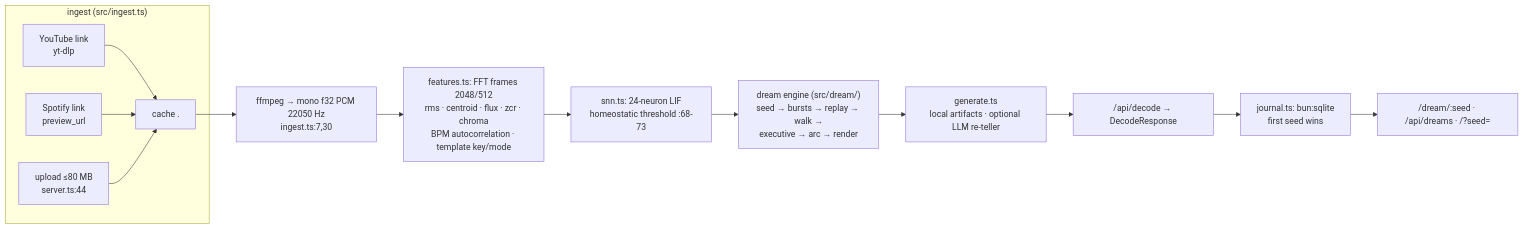
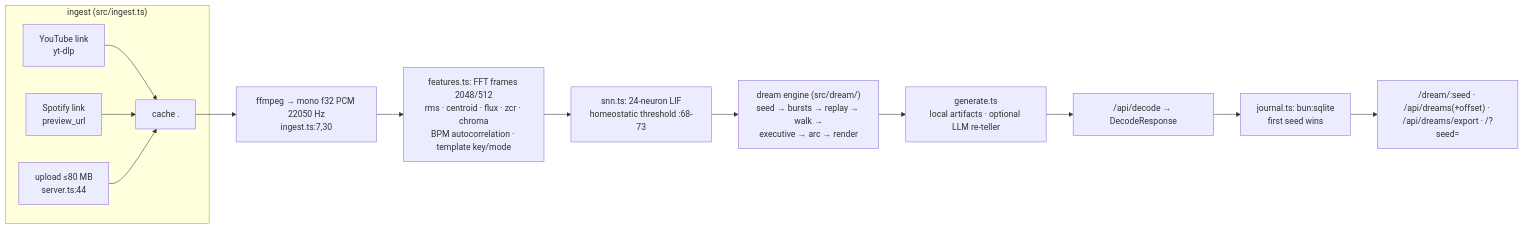
Before and after one commit to Bakery-street-project/cryptojukebox-ai: the diagram in docs/ARCHITECTURE.md, drawn with Mermaid. The commit also changed other lines of this file and 6 other files, not shown here.

````diff
--- a/docs/ARCHITECTURE.md
+++ b/docs/ARCHITECTURE.md
@@ -19,16 +19,16 @@
 ```mermaid
 flowchart LR
   subgraph ingest ["ingest (src/ingest.ts)"]
     Y[YouTube link<br/>yt-dlp] --> DL[cache <id>.<ext>]
     S[Spotify link<br/>preview_url] --> DL
     U[upload ≤80 MB<br/>server.ts:44] --> DL
   end
   DL --> FF["ffmpeg → mono f32 PCM 22050 Hz<br/>ingest.ts:7,30"]
   FF --> FE["features.ts: FFT frames 2048/512<br/>rms · centroid · flux · zcr · chroma<br/>BPM autocorrelation · template key/mode"]
   FE --> SNN["snn.ts: 24-neuron LIF<br/>homeostatic threshold :68-73"]
   SNN --> DE["dream engine (src/dream/)<br/>seed → bursts → replay → walk →<br/>executive → arc → render"]
   DE --> GEN["generate.ts<br/>local artifacts · optional LLM re-teller"]
   GEN --> API["/api/decode → DecodeResponse"]
   API --> JR["journal.ts: bun:sqlite<br/>first seed wins"]
-  JR --> PERM["/dream/:seed · /api/dreams · /?seed="]
+  JR --> PERM["/dream/:seed · /api/dreams(+offset) · /api/dreams/export · /?seed="]
 ```
````
